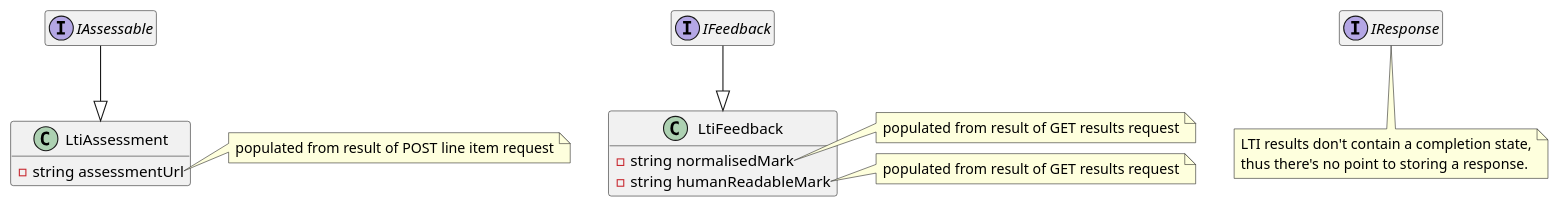
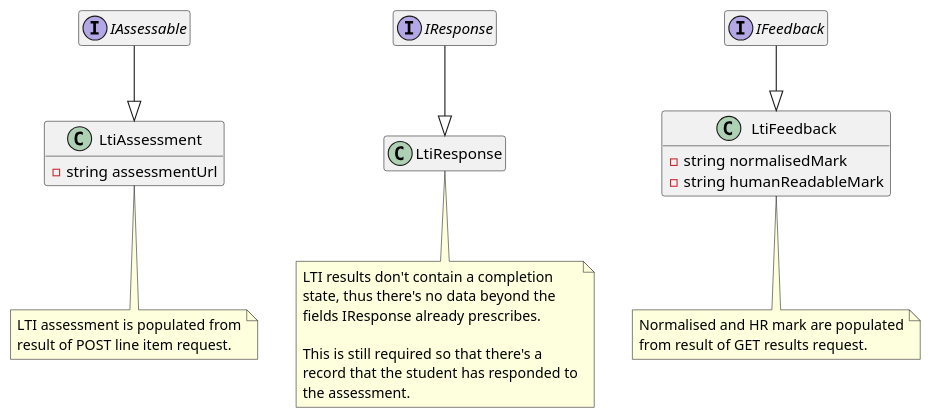
Before and after one commit to juliaattrevisan/schoolbox-api-docs: the diagram in library/Schoolbox/Learning/Assessment/Lti/classDiagram.plantuml, drawn with PlantUML. The commit also changed 1 other file, not shown here.

Commit message:
Add IResponse implementation after all [SA-12593]

```diff
--- a/library/Schoolbox/Learning/Assessment/Lti/classDiagram.plantuml
+++ b/library/Schoolbox/Learning/Assessment/Lti/classDiagram.plantuml
@@ -1,36 +1,43 @@
 @startuml
 'https://plantuml.com/class-diagram
 
 interface IAssessable
 interface IResponse
 interface IFeedback
 
 hide empty members
 
 class LtiAssessment {
     - string assessmentUrl
 }
-note right of LtiAssessment::assessmentUrl
-    populated from result of POST line item request
+note bottom of LtiAssessment
+    LTI assessment is populated from
+    result of POST line item request.
 end note
+
+class LtiResponse {}
 
 class LtiFeedback {
     - string normalisedMark
     - string humanReadableMark
 }
-note right of LtiFeedback::normalised
-    populated from result of GET results request
-end note
-note right of LtiFeedback::humanReadableMark
-    populated from result of GET results request
+note bottom of LtiFeedback
+    Normalised and HR mark are populated
+    from result of GET results request.
 end note
 
 IAssessable --|> LtiAssessment
+IResponse --|> LtiResponse
 IFeedback --|> LtiFeedback
 
-note bottom of IResponse
-    LTI results don't contain a completion state,
-    thus there's no point to storing a response.
+note bottom of LtiResponse
+    LTI results don't contain a completion
+    state, thus there's no data beyond the
+    fields IResponse already prescribes.
+
+    This is still required so that there's a
+    record that the student has responded to
+    the assessment.
 end note
 
 @enduml
```
